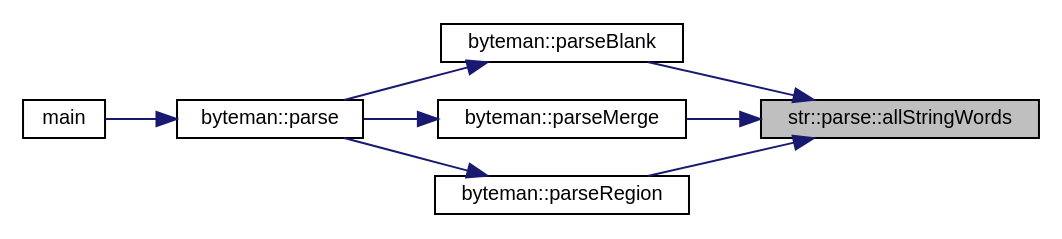
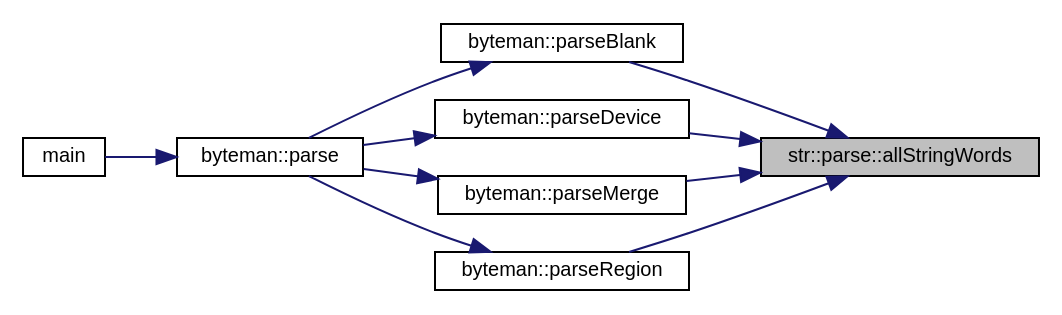
The diagram in namespacestr_1_1parse_a0b2fd42b74ce3f482b4f1ece5f24881e_icgraph.dot (FPGA-Research-Manchester/byteman), drawn with Graphviz before and after one commit. The commit also changed 246 other files, not shown here.

```diff
--- a/namespacestr_1_1parse_a0b2fd42b74ce3f482b4f1ece5f24881e_icgraph.dot
+++ b/namespacestr_1_1parse_a0b2fd42b74ce3f482b4f1ece5f24881e_icgraph.dot
@@ -1,21 +1,24 @@
 digraph "str::parse::allStringWords"
 {
  // INTERACTIVE_SVG=YES
  // LATEX_PDF_SIZE
   edge [fontname="Helvetica",fontsize="10",labelfontname="Helvetica",labelfontsize="10"];
   node [fontname="Helvetica",fontsize="10",shape=record];
   rankdir="RL";
   Node1 [label="str::parse::allStringWords",height=0.2,width=0.4,color="black", fillcolor="grey75", style="filled", fontcolor="black",tooltip="Parses a string s, removes all integers and returns the rest."];
   Node1 -> Node2 [dir="back",color="midnightblue",fontsize="10",style="solid",fontname="Helvetica"];
   Node2 [label="byteman::parseBlank",height=0.2,width=0.4,color="black", fillcolor="white", style="filled",URL="$classbyteman.html#afb42b36016cdfadc1ef23800d674f9c0",tooltip=" "];
   Node2 -> Node3 [dir="back",color="midnightblue",fontsize="10",style="solid",fontname="Helvetica"];
   Node3 [label="byteman::parse",height=0.2,width=0.4,color="black", fillcolor="white", style="filled",URL="$classbyteman.html#a0ce0e992678e3f8b51cc5e01cea14ddb",tooltip=" "];
   Node3 -> Node4 [dir="back",color="midnightblue",fontsize="10",style="solid",fontname="Helvetica"];
   Node4 [label="main",height=0.2,width=0.4,color="black", fillcolor="white", style="filled",URL="$byteman_8cpp.html#a0ddf1224851353fc92bfbff6f499fa97",tooltip=" "];
   Node1 -> Node5 [dir="back",color="midnightblue",fontsize="10",style="solid",fontname="Helvetica"];
-  Node5 [label="byteman::parseMerge",height=0.2,width=0.4,color="black", fillcolor="white", style="filled",URL="$classbyteman.html#a012f7c0279dac10df52f2e7927a8bfef",tooltip=" "];
+  Node5 [label="byteman::parseDevice",height=0.2,width=0.4,color="black", fillcolor="white", style="filled",URL="$classbyteman.html#ae08e2c9557d8266f20780e1c14cf9f45",tooltip=" "];
   Node5 -> Node3 [dir="back",color="midnightblue",fontsize="10",style="solid",fontname="Helvetica"];
   Node1 -> Node6 [dir="back",color="midnightblue",fontsize="10",style="solid",fontname="Helvetica"];
-  Node6 [label="byteman::parseRegion",height=0.2,width=0.4,color="black", fillcolor="white", style="filled",URL="$classbyteman.html#a1455d24c97a2b5c3564201dd76df5286",tooltip=" "];
+  Node6 [label="byteman::parseMerge",height=0.2,width=0.4,color="black", fillcolor="white", style="filled",URL="$classbyteman.html#a012f7c0279dac10df52f2e7927a8bfef",tooltip=" "];
   Node6 -> Node3 [dir="back",color="midnightblue",fontsize="10",style="solid",fontname="Helvetica"];
+  Node1 -> Node7 [dir="back",color="midnightblue",fontsize="10",style="solid",fontname="Helvetica"];
+  Node7 [label="byteman::parseRegion",height=0.2,width=0.4,color="black", fillcolor="white", style="filled",URL="$classbyteman.html#a1455d24c97a2b5c3564201dd76df5286",tooltip=" "];
+  Node7 -> Node3 [dir="back",color="midnightblue",fontsize="10",style="solid",fontname="Helvetica"];
 }
```
